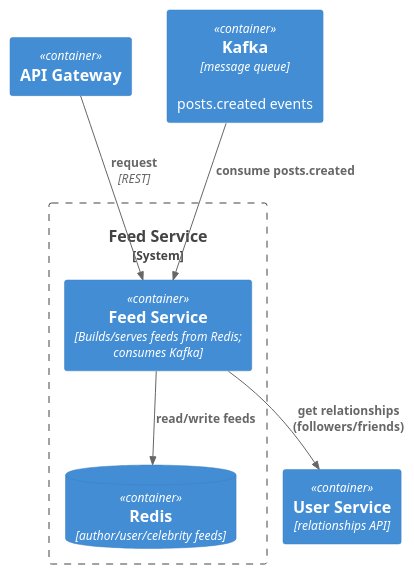
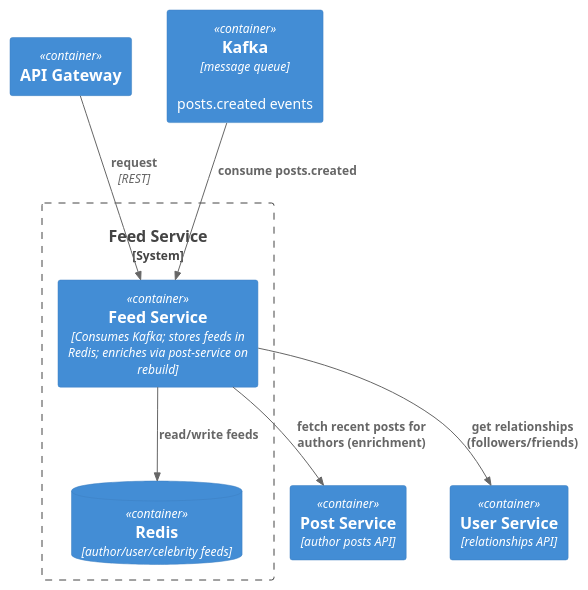
Before and after one commit to MisyuraIlya/social_network_system_design: the diagram in architecture/с4_design/c2_level/feed_service/feed_service_v2.puml, drawn with PlantUML. The commit also changed 5 other files, not shown here.

Commit message:
change diagram and logic in feed service

```diff
--- a/architecture/с4_design/c2_level/feed_service/feed_service_v2.puml
+++ b/architecture/с4_design/c2_level/feed_service/feed_service_v2.puml
@@ -1,18 +1,19 @@
 @startuml
 !include <C4/C4_Container>
 
 Container(apiGateway, "API Gateway")
 Container(kafka, "Kafka", "message queue", "posts.created events")
+Container(postService, "Post Service", "author posts API")
 Container(userService, "User Service", "relationships API")
 
 System_Boundary(feedSystem, "Feed Service") {
-    Container(feedService, "Feed Service", "Builds/serves feeds from Redis; consumes Kafka")
+    Container(feedService, "Feed Service", "Consumes Kafka; stores feeds in Redis; enriches via post-service on rebuild")
     ContainerDb(redis, "Redis", "author/user/celebrity feeds")
 }
 
 Rel(apiGateway, feedService, "request", "REST")
+Rel(kafka, feedService, "consume posts.created")
 Rel(feedService, redis, "read/write feeds")
-Rel(kafka, feedService, "consume posts.created")
 Rel(feedService, userService, "get relationships (followers/friends)")
-
+Rel(feedService, postService, "fetch recent posts for authors (enrichment)")
 @enduml
```
